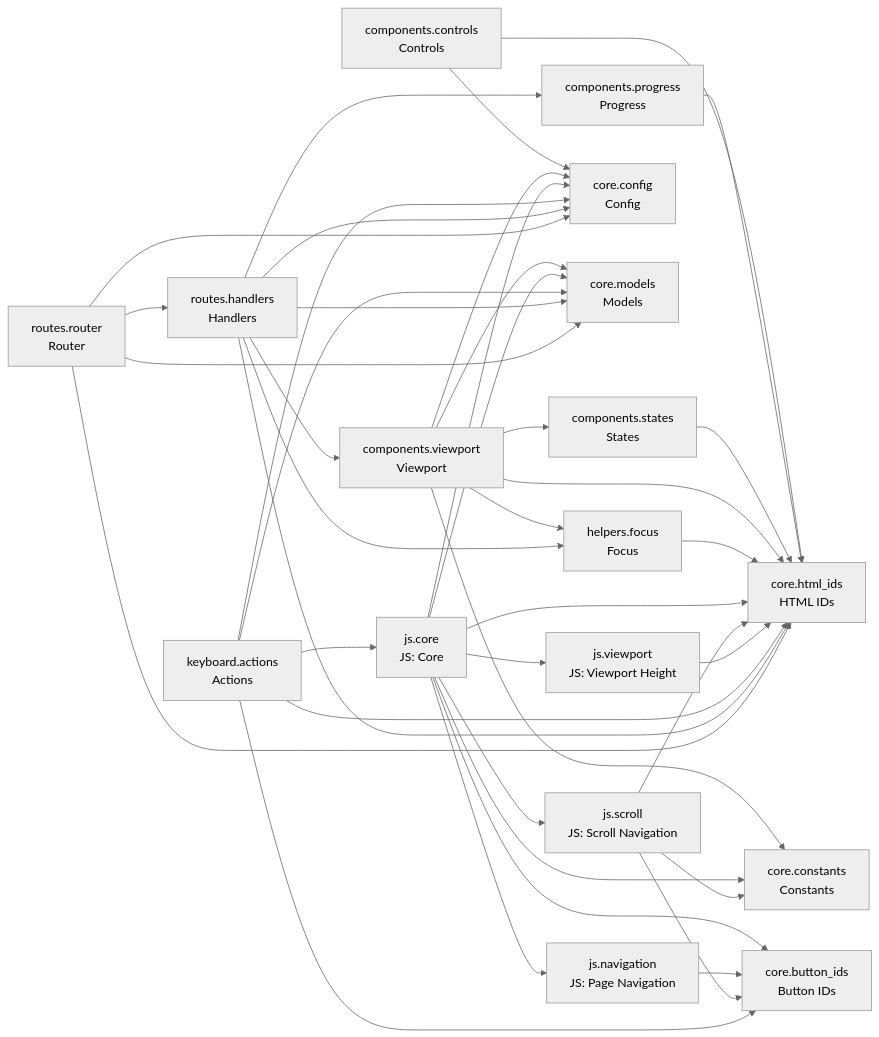
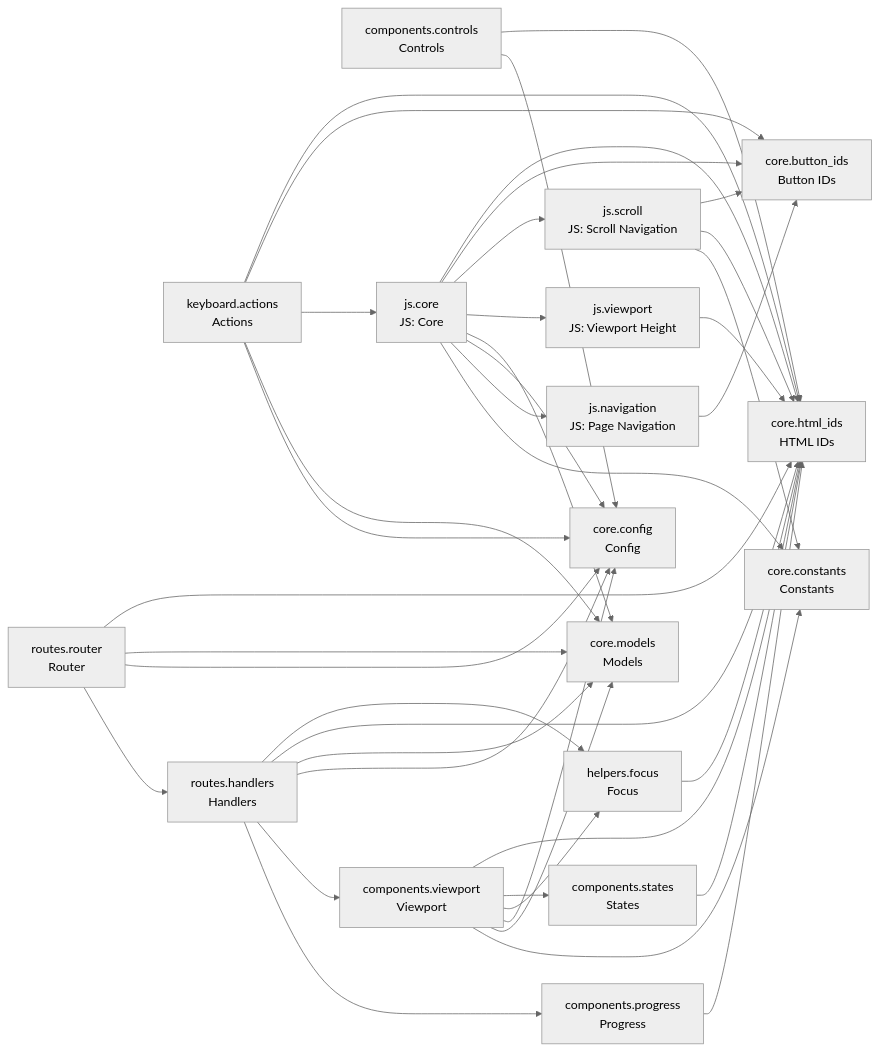
The diagram in README.md (cj-mills/cjm-fasthtml-card-stack), drawn with Mermaid (neutral theme) before and after one commit. The commit also changed other lines of this file and 5 other files, not shown here.

````diff
--- a/README.md
+++ b/README.md
@@ -43,60 +43,60 @@
 ``` mermaid
 graph LR
     components_controls[components.controls<br/>Controls]
     components_progress[components.progress<br/>Progress]
     components_states[components.states<br/>States]
     components_viewport[components.viewport<br/>Viewport]
     core_button_ids[core.button_ids<br/>Button IDs]
     core_config[core.config<br/>Config]
     core_constants[core.constants<br/>Constants]
     core_html_ids[core.html_ids<br/>HTML IDs]
     core_models[core.models<br/>Models]
     helpers_focus[helpers.focus<br/>Focus]
     js_core[js.core<br/>JS: Core]
     js_navigation[js.navigation<br/>JS: Page Navigation]
     js_scroll[js.scroll<br/>JS: Scroll Navigation]
     js_viewport[js.viewport<br/>JS: Viewport Height]
     keyboard_actions[keyboard.actions<br/>Actions]
     routes_handlers[routes.handlers<br/>Handlers]
     routes_router[routes.router<br/>Router]
 
+    components_controls --> core_config
     components_controls --> core_html_ids
-    components_controls --> core_config
     components_progress --> core_html_ids
     components_states --> core_html_ids
+    components_viewport --> core_constants
     components_viewport --> core_models
+    components_viewport --> core_config
+    components_viewport --> helpers_focus
+    components_viewport --> components_states
     components_viewport --> core_html_ids
-    components_viewport --> core_config
-    components_viewport --> core_constants
-    components_viewport --> components_states
-    components_viewport --> helpers_focus
     helpers_focus --> core_html_ids
+    js_core --> core_constants
+    js_core --> js_navigation
+    js_core --> core_config
     js_core --> core_models
+    js_core --> js_viewport
+    js_core --> js_scroll
+    js_core --> core_button_ids
     js_core --> core_html_ids
-    js_core --> core_button_ids
-    js_core --> js_viewport
-    js_core --> core_config
-    js_core --> core_constants
-    js_core --> js_scroll
-    js_core --> js_navigation
     js_navigation --> core_button_ids
+    js_scroll --> core_constants
     js_scroll --> core_html_ids
     js_scroll --> core_button_ids
-    js_scroll --> core_constants
     js_viewport --> core_html_ids
+    keyboard_actions --> core_config
+    keyboard_actions --> core_models
+    keyboard_actions --> js_core
+    keyboard_actions --> core_button_ids
     keyboard_actions --> core_html_ids
-    keyboard_actions --> core_button_ids
-    keyboard_actions --> core_config
-    keyboard_actions --> js_core
-    keyboard_actions --> core_models
+    routes_handlers --> components_progress
+    routes_handlers --> components_viewport
+    routes_handlers --> core_config
     routes_handlers --> core_models
     routes_handlers --> core_html_ids
-    routes_handlers --> core_config
-    routes_handlers --> components_viewport
     routes_handlers --> helpers_focus
-    routes_handlers --> components_progress
+    routes_router --> routes_handlers
+    routes_router --> core_config
     routes_router --> core_models
     routes_router --> core_html_ids
-    routes_router --> core_config
-    routes_router --> routes_handlers
 ```
````
